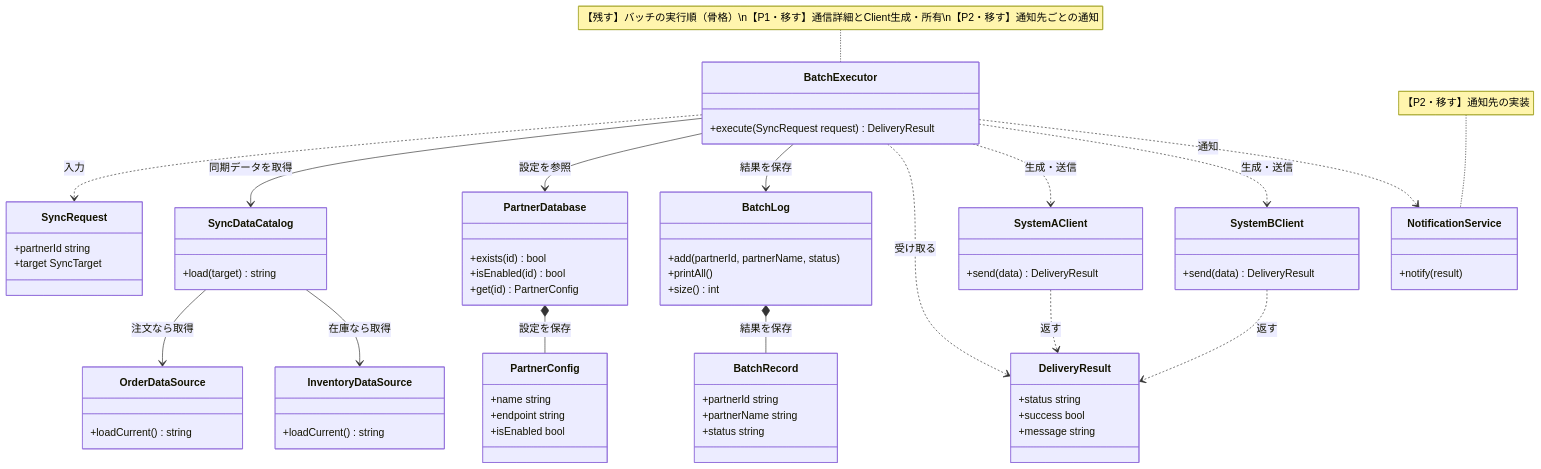
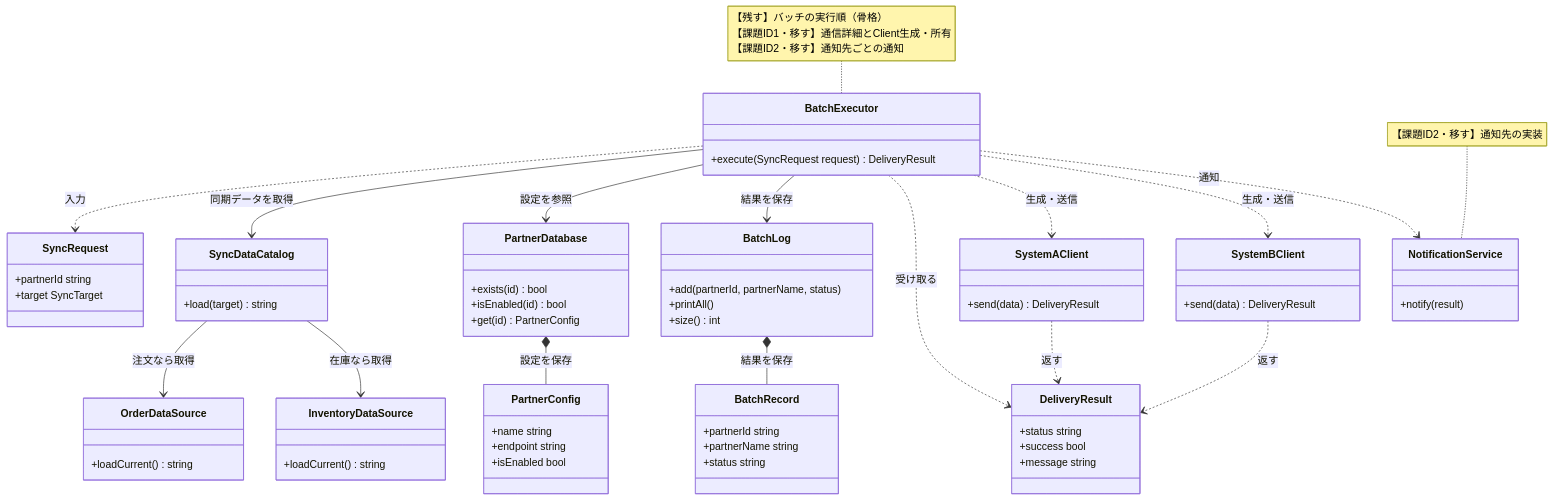
The eighth of 14 diagrams in kindle/design-patterns/output/chapter10.md (kumachan1101-pixel/DesignPattern), drawn with Mermaid before and after one commit. The commit also changed other lines of this file and 43 other files, not shown here.

````diff
--- a/kindle/design-patterns/output/chapter10.md
+++ b/kindle/design-patterns/output/chapter10.md
@@ -1227,69 +1265,69 @@
 ```mermaid
 classDiagram
     class SyncRequest {
         +partnerId string
         +target SyncTarget
     }
     class OrderDataSource {
         +loadCurrent() string
     }
     class InventoryDataSource {
         +loadCurrent() string
     }
     class SyncDataCatalog {
         +load(target) string
     }
     class PartnerConfig {
         +name string
         +endpoint string
         +isEnabled bool
     }
     class PartnerDatabase {
         +exists(id) bool
         +isEnabled(id) bool
         +get(id) PartnerConfig
     }
     class DeliveryResult {
         +status string
         +success bool
         +message string
     }
     class BatchRecord {
         +partnerId string
         +partnerName string
         +status string
     }
     class BatchLog {
         +add(partnerId, partnerName, status)
         +printAll()
         +size() int
     }
     class BatchExecutor {
         +execute(SyncRequest request) DeliveryResult
     }
     class SystemAClient { +send(data) DeliveryResult }
     class SystemBClient { +send(data) DeliveryResult }
     class NotificationService { +notify(result) }
     PartnerDatabase *-- PartnerConfig : 設定を保存
     BatchLog *-- BatchRecord : 結果を保存
     SyncDataCatalog --> OrderDataSource : 注文なら取得
     SyncDataCatalog --> InventoryDataSource : 在庫なら取得
     BatchExecutor ..> SyncRequest : 入力
     BatchExecutor --> SyncDataCatalog : 同期データを取得
     BatchExecutor --> PartnerDatabase : 設定を参照
     BatchExecutor --> BatchLog : 結果を保存
     SystemAClient ..> DeliveryResult : 返す
     SystemBClient ..> DeliveryResult : 返す
     BatchExecutor ..> DeliveryResult : 受け取る
     BatchExecutor ..> SystemAClient : 生成・送信
     BatchExecutor ..> SystemBClient : 生成・送信
     BatchExecutor ..> NotificationService : 通知
 
-    note for BatchExecutor "【残す】バッチの実行順（骨格）\n【P1・移す】通信詳細とClient生成・所有\n【P2・移す】通知先ごとの通知"
-    note for NotificationService "【P2・移す】通知先の実装"
+    note for BatchExecutor "【残す】バッチの実行順（骨格）<br/>【課題ID1・移す】通信詳細とClient生成・所有<br/>【課題ID2・移す】通知先ごとの通知"
+    note for NotificationService "【課題ID2・移す】通知先の実装"
 
     classDef focus fill:#FFF2CC,stroke:#D6B656,stroke-width:2px,color:#222222
     classDef stable fill:#E0F7FA,stroke:#0891B2,stroke-width:2px,color:#222222
     cssClass "BatchExecutor" focus
     cssClass "SyncRequest,OrderDataSource,InventoryDataSource,SyncDataCatalog,PartnerConfig,PartnerDatabase,DeliveryResult,BatchRecord,BatchLog" stable
 ```
````
